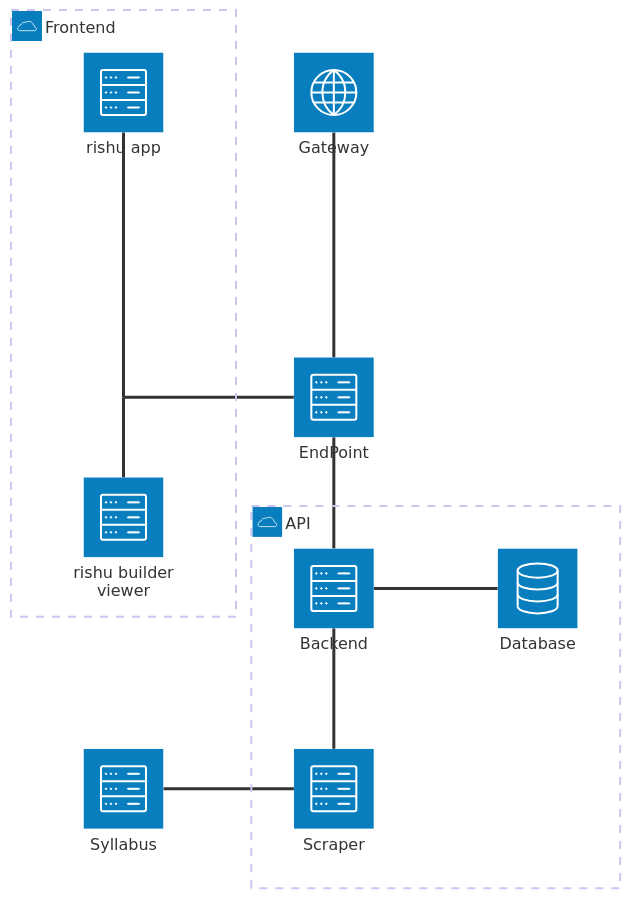
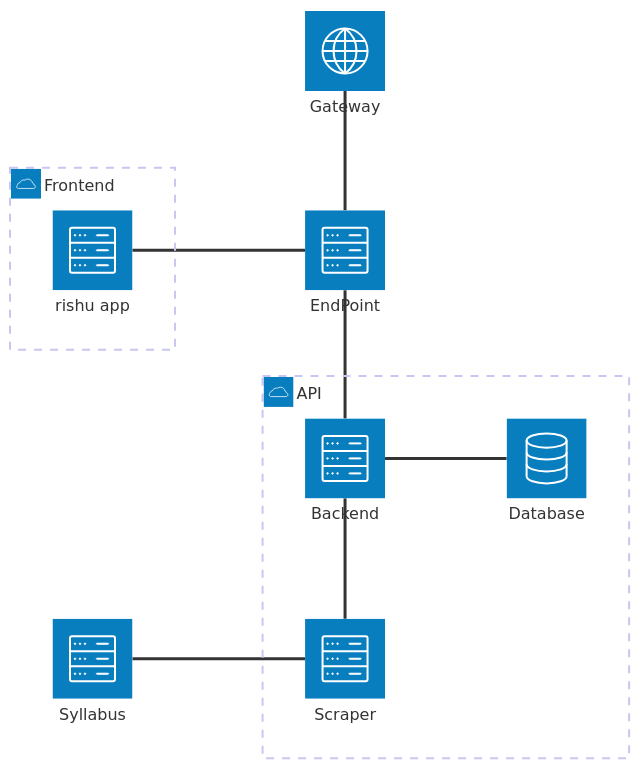
Before and after one commit to ToYama170402/rishu-app: the diagram in readme.md, drawn with Mermaid. The commit also changed other lines of this file and 3 other files, not shown here.

````diff
--- a/readme.md
+++ b/readme.md
@@ -152,30 +138,25 @@
 ```mermaid
 architecture-beta
     group api(cloud)[API]
     group frontend(cloud)[Frontend]
 
     service db(database)[Database] in api
     service backend(server)[Backend] in api
     service scraper(server)[Scraper] in api
 
     db:L -- R:backend
     backend:B -- T:scraper
 
     service rishuapp(server)[rishu app] in frontend
-    service rishu(server)[rishu builder viewer] in frontend
-
-    junction frontendjunction
-    frontendjunction:T -- B:rishuapp
-    frontendjunction:B -- T:rishu
 
     service endpoint(server)[EndPoint]
     service gateway(internet)[Gateway]
 
     gateway:B -- T:endpoint
     endpoint:B -- T:backend
-    endpoint:L -- R:frontendjunction
+    endpoint:L -- R:rishuapp
 
     service syllabus(server)[Syllabus]
 
     scraper:L -- R:syllabus
 ```
````
